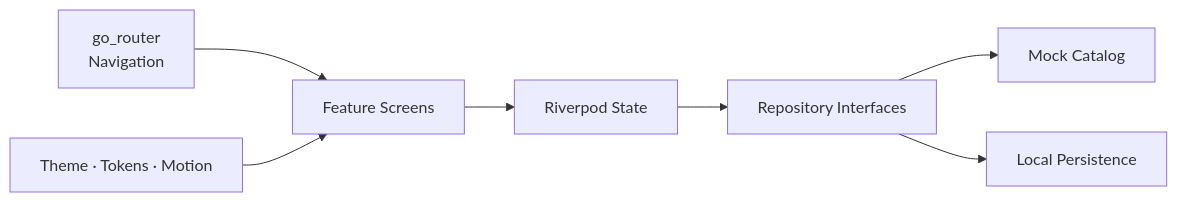
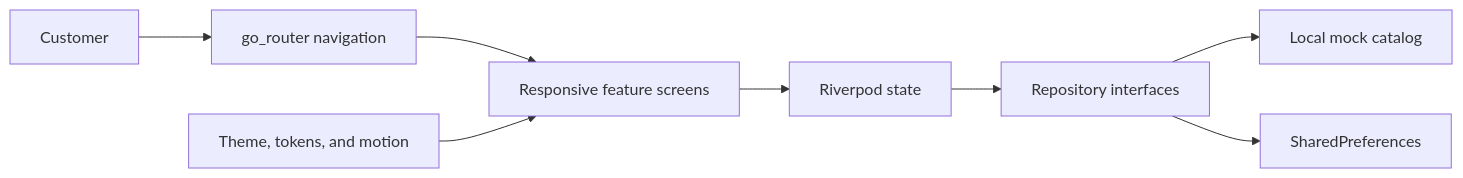
One commit to Saad-WorkSpace/stitch-and-soul-flutter changed the diagram in README.md. Above: the diagram before and after it, drawn with Mermaid. The commit also changed other lines of this file, not shown here.

````diff
--- a/README.md
+++ b/README.md
@@ -96,9 +54,10 @@
 ```mermaid
 flowchart LR
-    Router["go_router\nNavigation"] --> Screens["Feature Screens"]
-    Design["Theme · Tokens · Motion"] --> Screens
-    Screens --> State["Riverpod State"]
-    State --> Repos["Repository Interfaces"]
-    Repos --> Catalog["Mock Catalog"]
-    Repos --> Local["Local Persistence"]
+    visitor["Customer"] --> router["go_router navigation"]
+    router --> screens["Responsive feature screens"]
+    design["Theme, tokens, and motion"] --> screens
+    screens --> state["Riverpod state"]
+    state --> repos["Repository interfaces"]
+    repos --> catalog["Local mock catalog"]
+    repos --> storage["SharedPreferences"]
 ```
````
